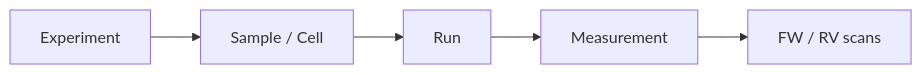
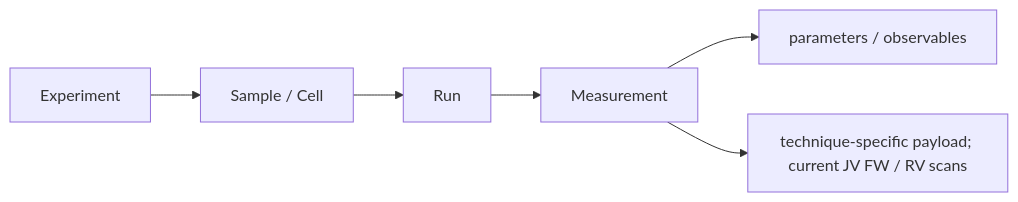
One commit to matginesi/LabFlow changed the first of 2 diagrams in LABFLOW_POC_SPEC.md. Above: the diagram before and after it, drawn with Mermaid. The commit also changed other lines of this file and 40 other files, not shown here.

````diff
--- a/LABFLOW_POC_SPEC.md
+++ b/LABFLOW_POC_SPEC.md
@@ -22,7 +30,8 @@
 ```mermaid
 flowchart LR
     E[Experiment] --> S[Sample / Cell]
     S --> R[Run]
     R --> M[Measurement]
-    M --> F[FW / RV scans]
+    M --> Q[parameters / observables]
+    M --> F[technique-specific payload; current JV FW / RV scans]
 ```
````
